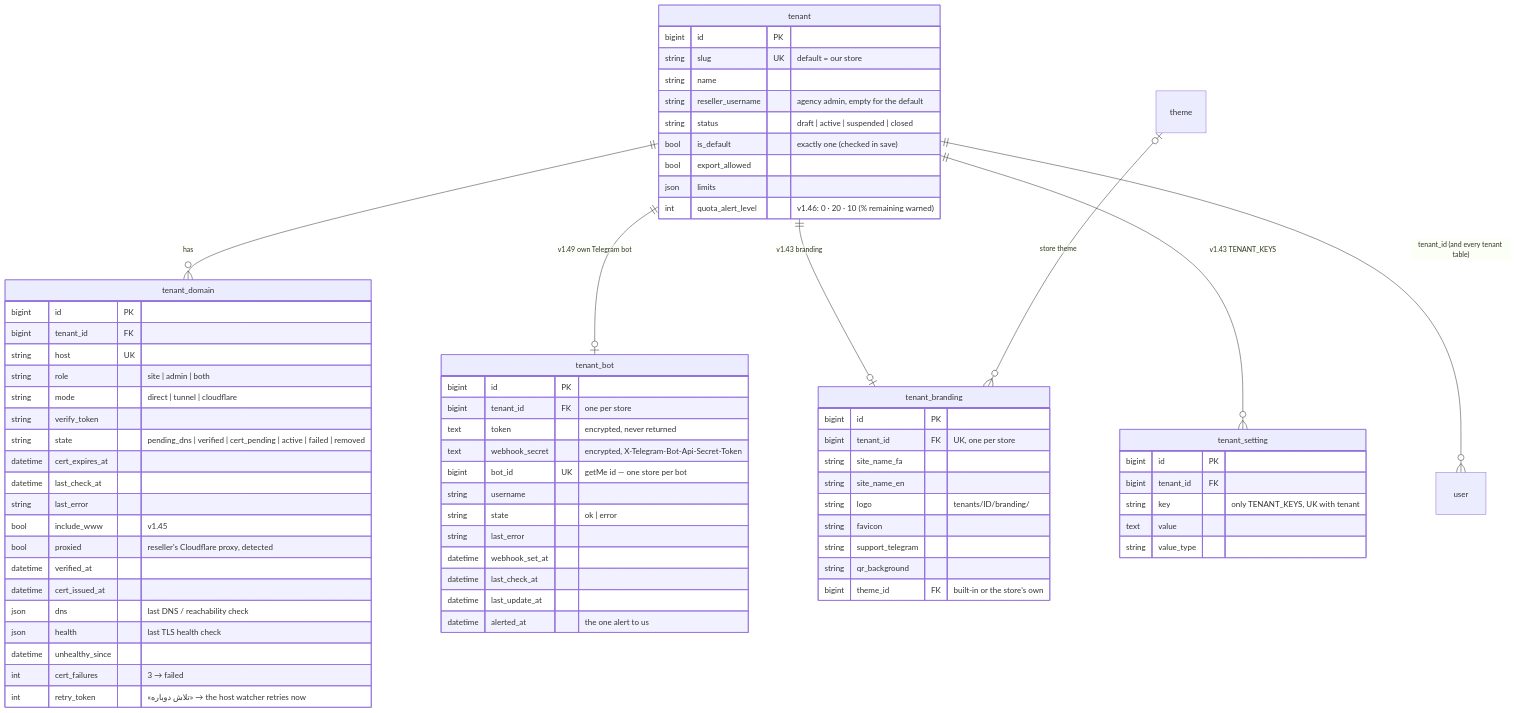
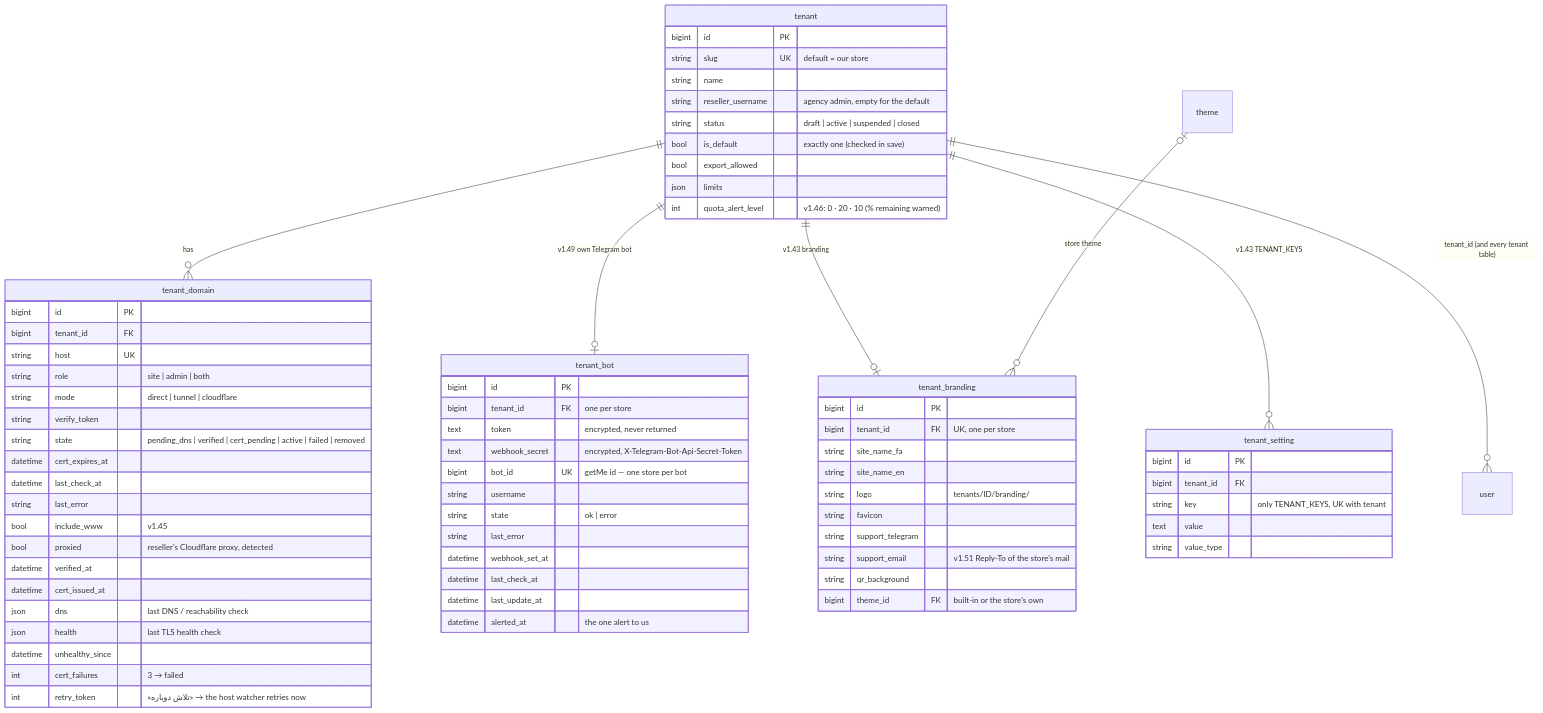
The first of 9 diagrams in docs/erd.md (santiyagoburcart/caspintunel), drawn with Mermaid before and after one commit. The commit also changed other lines of this file and 25 other files, not shown here.

````diff
--- a/docs/erd.md
+++ b/docs/erd.md
@@ -22,73 +22,74 @@
 ```mermaid
 erDiagram
     tenant ||--o{ tenant_domain : has
     tenant ||--o| tenant_bot : "v1.49 own Telegram bot"
     tenant ||--o| tenant_branding : "v1.43 branding"
     tenant ||--o{ tenant_setting : "v1.43 TENANT_KEYS"
     theme |o--o{ tenant_branding : "store theme"
     tenant ||--o{ user : "tenant_id (and every tenant table)"
     tenant {
         bigint id PK
         string slug UK "default = our store"
         string name
         string reseller_username "agency admin, empty for the default"
         string status "draft | active | suspended | closed"
         bool is_default "exactly one (checked in save)"
         bool export_allowed
         json limits
         int quota_alert_level "v1.46: 0 · 20 · 10 (% remaining warned)"
     }
     tenant_domain {
         bigint id PK
         bigint tenant_id FK
         string host UK
         string role "site | admin | both"
         string mode "direct | tunnel | cloudflare"
         string verify_token
         string state "pending_dns | verified | cert_pending | active | failed | removed"
         datetime cert_expires_at
         datetime last_check_at
         string last_error
         bool include_www "v1.45"
         bool proxied "reseller's Cloudflare proxy, detected"
         datetime verified_at
         datetime cert_issued_at
         json dns "last DNS / reachability check"
         json health "last TLS health check"
         datetime unhealthy_since
         int cert_failures "3 → failed"
         int retry_token "«تلاش دوباره» → the host watcher retries now"
     }
     tenant_bot {
         bigint id PK
         bigint tenant_id FK "one per store"
         text token "encrypted, never returned"
         text webhook_secret "encrypted, X-Telegram-Bot-Api-Secret-Token"
         bigint bot_id UK "getMe id — one store per bot"
         string username
         string state "ok | error"
         string last_error
         datetime webhook_set_at
         datetime last_check_at
         datetime last_update_at
         datetime alerted_at "the one alert to us"
     }
     tenant_branding {
         bigint id PK
         bigint tenant_id FK "UK, one per store"
         string site_name_fa
         string site_name_en
         string logo "tenants/ID/branding/"
         string favicon
         string support_telegram
+        string support_email "v1.51 Reply-To of the store's mail"
         string qr_background
         bigint theme_id FK "built-in or the store's own"
     }
     tenant_setting {
         bigint id PK
         bigint tenant_id FK
         string key "only TENANT_KEYS, UK with tenant"
         text value
         string value_type
     }
 ```
````
